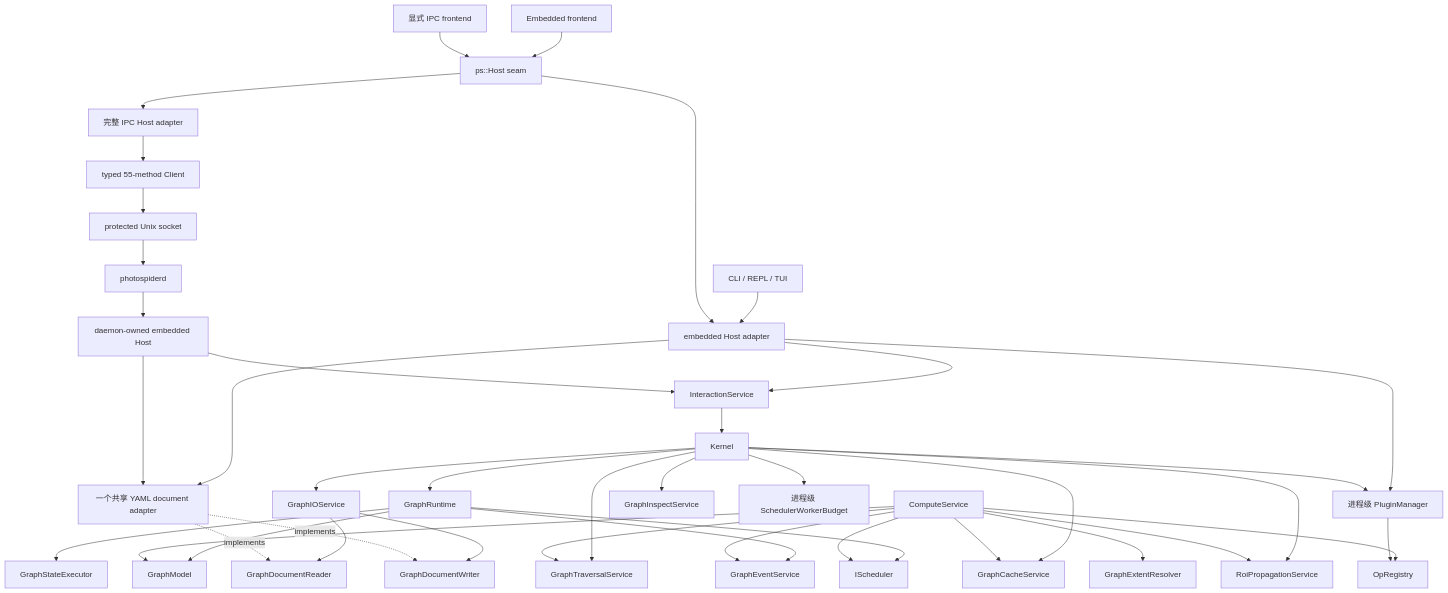
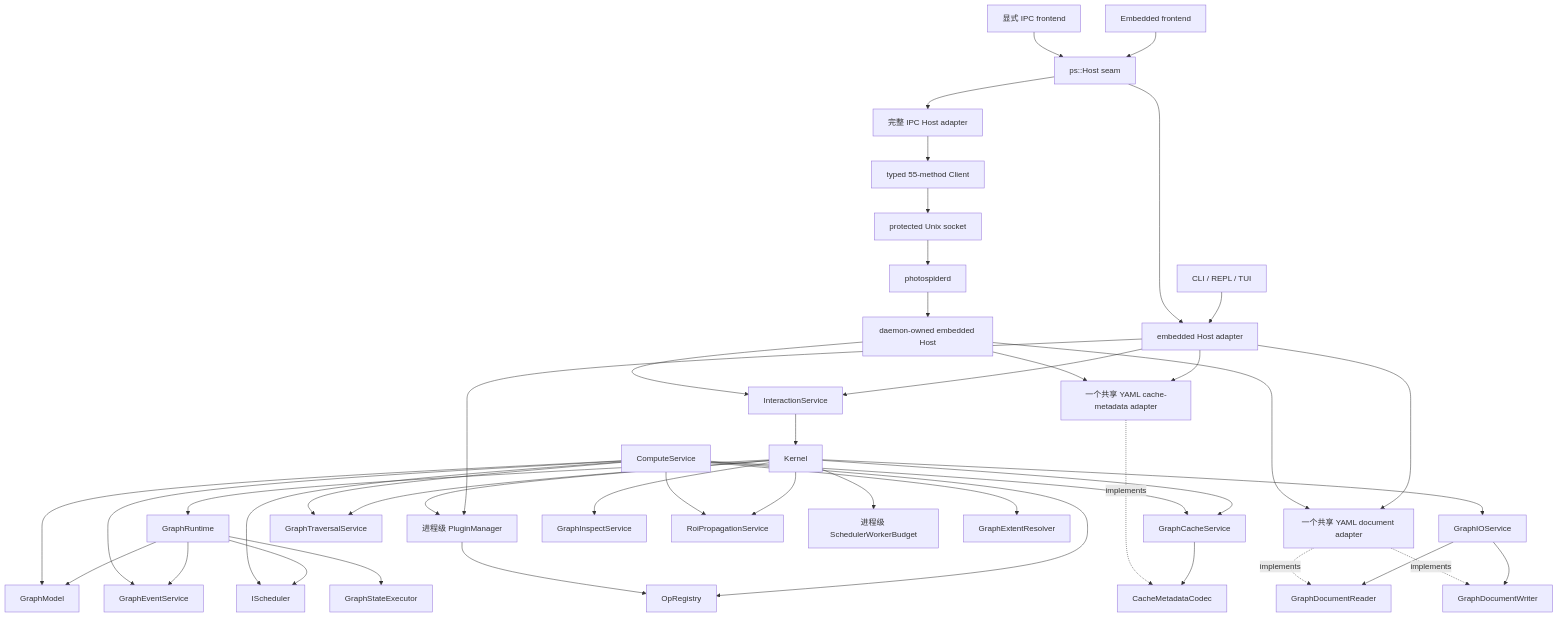
Before and after one commit to kevin-zf1123/photospider: the diagram in docs/kernel-architecture/zh/Overview.zh.md, drawn with Mermaid. The commit also changed other lines of this file and 9 other files, not shown here.

First line of the commit message:
[docs] record YAML-neutral cache boundaries

````diff
--- a/docs/kernel-architecture/zh/Overview.zh.md
+++ b/docs/kernel-architecture/zh/Overview.zh.md
@@ -114,47 +114,51 @@
 ```mermaid
 graph TD
     CLI["CLI / REPL / TUI"] --> EmbeddedHost["embedded Host adapter"]
     Frontend["Embedded frontend"] --> Host["ps::Host seam"]
     RemoteFrontend["显式 IPC frontend"] --> Host
     Host --> EmbeddedHost
     Host --> IpcHost["完整 IPC Host adapter"]
     IpcHost --> Client["typed 55-method Client"]
     Client --> Socket["protected Unix socket"]
     Socket --> Daemon["photospiderd"]
     Daemon --> DaemonHost["daemon-owned embedded Host"]
     EmbeddedHost --> InteractionService
     DaemonHost --> InteractionService
     EmbeddedHost --> YamlGraphDocumentAdapter["一个共享 YAML document adapter"]
     DaemonHost --> YamlGraphDocumentAdapter
+    EmbeddedHost --> YamlCacheMetadataCodec["一个共享 YAML cache-metadata adapter"]
+    DaemonHost --> YamlCacheMetadataCodec
     EmbeddedHost --> PluginManager["进程级 PluginManager"]
     InteractionService --> Kernel
 
     Kernel --> GraphRuntime
     Kernel --> GraphIOService
     GraphIOService --> GraphDocumentReader
     GraphIOService --> GraphDocumentWriter
     YamlGraphDocumentAdapter -. implements .-> GraphDocumentReader
     YamlGraphDocumentAdapter -. implements .-> GraphDocumentWriter
     Kernel --> GraphTraversalService
     Kernel --> GraphCacheService
+    GraphCacheService --> CacheMetadataCodec
+    YamlCacheMetadataCodec -. implements .-> CacheMetadataCodec
     Kernel --> GraphInspectService
     Kernel --> RoiPropagationService
     Kernel --> PluginManager
     Kernel --> SchedulerWorkerBudget["进程级 SchedulerWorkerBudget"]
 
     GraphRuntime --> GraphModel
     GraphRuntime --> GraphStateExecutor
     GraphRuntime --> GraphEventService
     GraphRuntime --> IScheduler
 
     ComputeService --> GraphModel
     ComputeService --> GraphTraversalService
     ComputeService --> RoiPropagationService
     ComputeService --> GraphExtentResolver
     ComputeService --> GraphCacheService
     ComputeService --> GraphEventService
     ComputeService --> OpRegistry
     ComputeService --> IScheduler
 
     PluginManager --> OpRegistry
 ```
````
